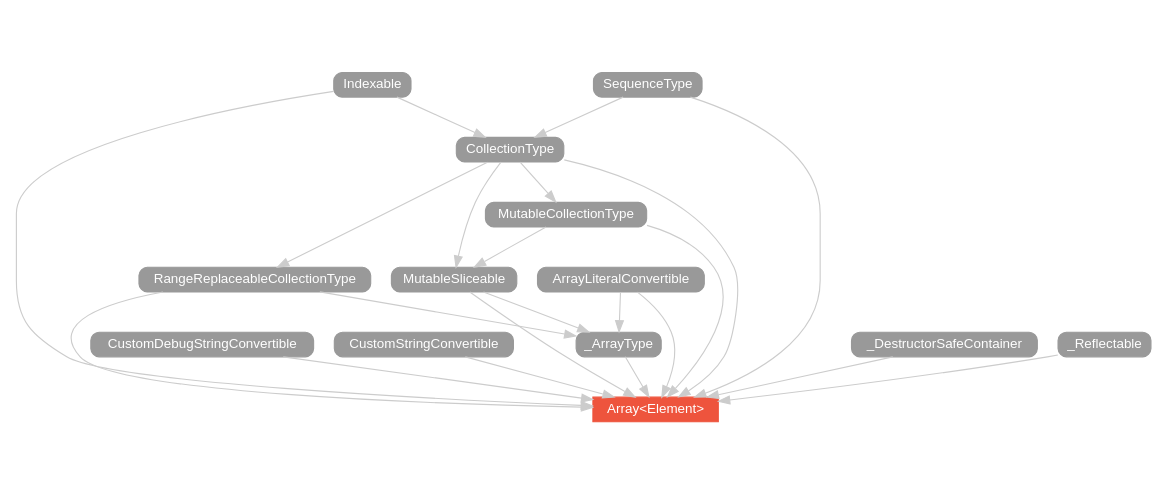
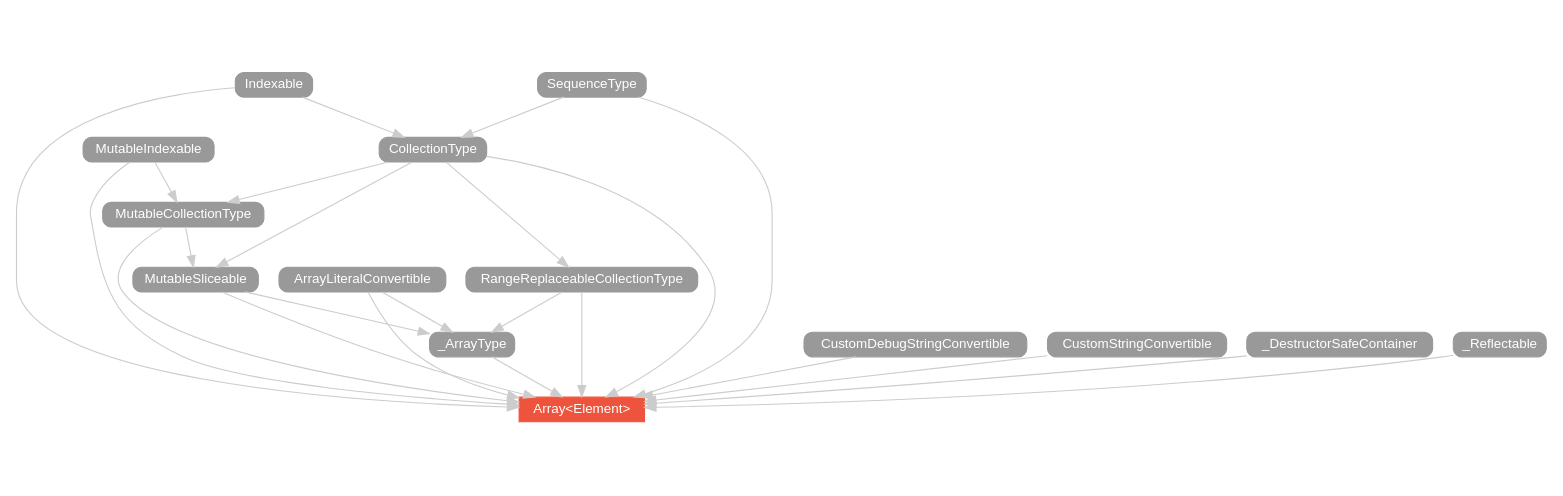
Before and after one commit to SwiftDoc/SwiftDoc.github.io: the diagram in swift-2/type/Array/hierarchy/index.dot, drawn with Graphviz. The commit also changed 1189 other files, not shown here.

```diff
--- a/swift-2/type/Array/hierarchy/index.dot
+++ b/swift-2/type/Array/hierarchy/index.dot
@@ -1,60 +1,65 @@
 strict digraph "Array<Element> - Type Hierarchy - SwiftDoc.org" {
     pad="0.1,0.8"
     node [shape=box, style="filled,rounded", color="#999999", fillcolor="#999999", fontcolor=white, fontname=Helvetica, fontnames="Helvetica,sansserif", fontsize=12, margin="0.07,0.05", height="0.3"]
     edge [color="#cccccc"]
     "Array<Element>" [URL="/type/Array/", style="filled", fillcolor="#ee543d", color="#ee543d"]
     "ArrayLiteralConvertible" [URL="/protocol/ArrayLiteralConvertible/"]
     "CollectionType" [URL="/protocol/CollectionType/"]
     "CustomDebugStringConvertible" [URL="/protocol/CustomDebugStringConvertible/"]
     "CustomStringConvertible" [URL="/protocol/CustomStringConvertible/"]
     "Indexable" [URL="/protocol/Indexable/"]
     "MutableCollectionType" [URL="/protocol/MutableCollectionType/"]
+    "MutableIndexable" [URL="/protocol/MutableIndexable/"]
     "MutableSliceable" [URL="/protocol/MutableSliceable/"]
     "RangeReplaceableCollectionType" [URL="/protocol/RangeReplaceableCollectionType/"]
     "SequenceType" [URL="/protocol/SequenceType/"]
     "_ArrayType" [URL="/protocol/_ArrayType/"]
     "_DestructorSafeContainer" [URL="/protocol/_DestructorSafeContainer/"]
     "_Reflectable" [URL="/protocol/_Reflectable/"]    "CollectionType" -> "Array<Element>"
     "Indexable" -> "Array<Element>"
     "SequenceType" -> "Array<Element>"
     "MutableCollectionType" -> "Array<Element>"
+    "MutableIndexable" -> "Array<Element>"
     "_DestructorSafeContainer" -> "Array<Element>"
     "ArrayLiteralConvertible" -> "Array<Element>"
     "_ArrayType" -> "Array<Element>"
     "MutableSliceable" -> "Array<Element>"
     "RangeReplaceableCollectionType" -> "Array<Element>"
     "_Reflectable" -> "Array<Element>"
     "CustomStringConvertible" -> "Array<Element>"
     "CustomDebugStringConvertible" -> "Array<Element>"
     "Indexable" -> "CollectionType"
     "SequenceType" -> "CollectionType"
+    "MutableIndexable" -> "MutableCollectionType"
     "CollectionType" -> "MutableCollectionType"
     "Indexable" -> "CollectionType"
     "SequenceType" -> "CollectionType"
     "RangeReplaceableCollectionType" -> "_ArrayType"
     "MutableSliceable" -> "_ArrayType"
     "ArrayLiteralConvertible" -> "_ArrayType"
     "CollectionType" -> "RangeReplaceableCollectionType"
     "Indexable" -> "CollectionType"
     "SequenceType" -> "CollectionType"
     "CollectionType" -> "MutableSliceable"
     "MutableCollectionType" -> "MutableSliceable"
     "Indexable" -> "CollectionType"
     "SequenceType" -> "CollectionType"
+    "MutableIndexable" -> "MutableCollectionType"
     "CollectionType" -> "MutableCollectionType"
     "Indexable" -> "CollectionType"
     "SequenceType" -> "CollectionType"
     "CollectionType" -> "MutableSliceable"
     "MutableCollectionType" -> "MutableSliceable"
     "Indexable" -> "CollectionType"
     "SequenceType" -> "CollectionType"
+    "MutableIndexable" -> "MutableCollectionType"
     "CollectionType" -> "MutableCollectionType"
     "Indexable" -> "CollectionType"
     "SequenceType" -> "CollectionType"
     "CollectionType" -> "RangeReplaceableCollectionType"
     "Indexable" -> "CollectionType"
     "SequenceType" -> "CollectionType"
     subgraph Types {
         rank = max; "Array<Element>";
     }
 }
```
